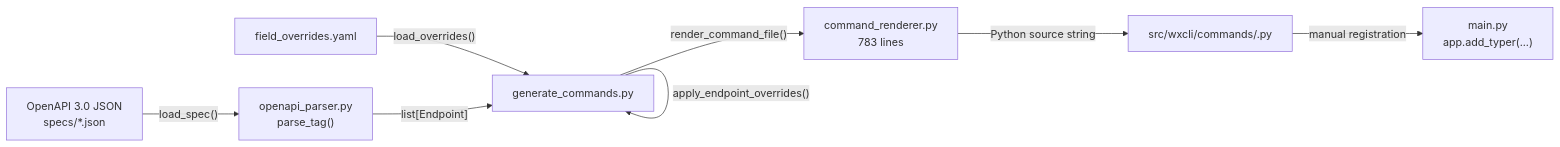
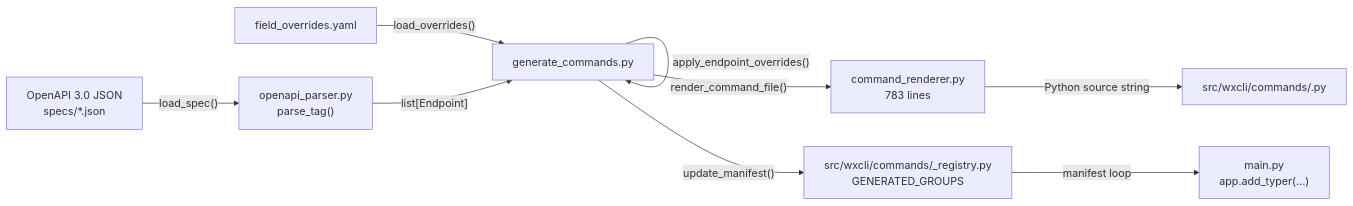
Before and after one commit to achobgood/wxops: the third of 3 diagrams in docs/architecture/01-structural-map.md, drawn with Mermaid. The commit also changed other lines of this file and 5 other files, not shown here.

````diff
--- a/docs/architecture/01-structural-map.md
+++ b/docs/architecture/01-structural-map.md
@@ -178,10 +178,11 @@
 ```mermaid
 flowchart LR
     Spec["OpenAPI 3.0 JSON<br/>specs/*.json"] -->|"load_spec()"| Parser["openapi_parser.py<br/>parse_tag()"]
     Overrides["field_overrides.yaml"] -->|"load_overrides()"| Gen["generate_commands.py"]
     Parser -->|"list[Endpoint]"| Gen
     Gen -->|"apply_endpoint_overrides()"| Gen
     Gen -->|"render_command_file()"| Renderer["command_renderer.py<br/>783 lines"]
     Renderer -->|"Python source string"| File["src/wxcli/commands/<module>.py"]
-    File -->|"manual registration"| Main["main.py<br/>app.add_typer(...)"]
+    Gen -->|"update_manifest()"| Registry["src/wxcli/commands/_registry.py<br/>GENERATED_GROUPS"]
+    Registry -->|"manifest loop"| Main["main.py<br/>app.add_typer(...)"]
 ```
````
